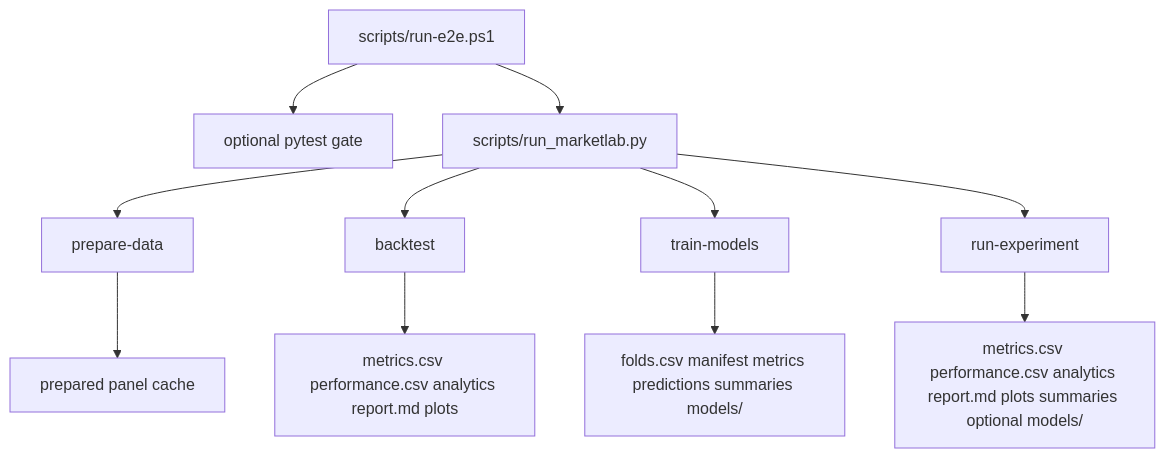
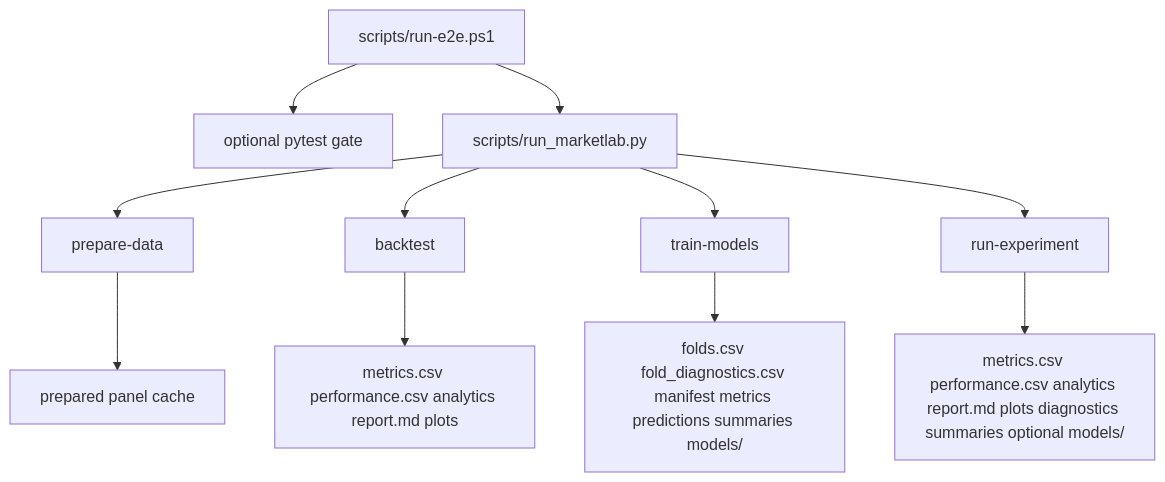
One commit to ricardogr07/market-lab changed the first of 6 diagrams in ARCHITECTURE.md. Above: the diagram before and after it, drawn with Mermaid. The commit also changed other lines of this file and 2 other files, not shown here.

Commit message:
feat: surface walk-forward diagnostics in reporting

````diff
--- a/ARCHITECTURE.md
+++ b/ARCHITECTURE.md
@@ -67,14 +67,14 @@
 ```mermaid
 flowchart TD
     Runner[scripts/run-e2e.ps1] --> Pytest[optional pytest gate]
     Runner --> Launcher[scripts/run_marketlab.py]
     Launcher --> Prepare[prepare-data]
     Launcher --> Backtest[backtest]
     Launcher --> Train[train-models]
     Launcher --> Experiment[run-experiment]
 
     Prepare --> Panel[prepared panel cache]
     Backtest --> BaselineArtifacts[metrics.csv performance.csv analytics report.md plots]
-    Train --> TrainingArtifacts[folds.csv manifest metrics predictions summaries models/]
-    Experiment --> ExperimentArtifacts[metrics.csv performance.csv analytics report.md plots summaries optional models/]
+    Train --> TrainingArtifacts[folds.csv fold_diagnostics.csv manifest metrics predictions summaries models/]
+    Experiment --> ExperimentArtifacts[metrics.csv performance.csv analytics report.md plots diagnostics summaries optional models/]
 ```
````
